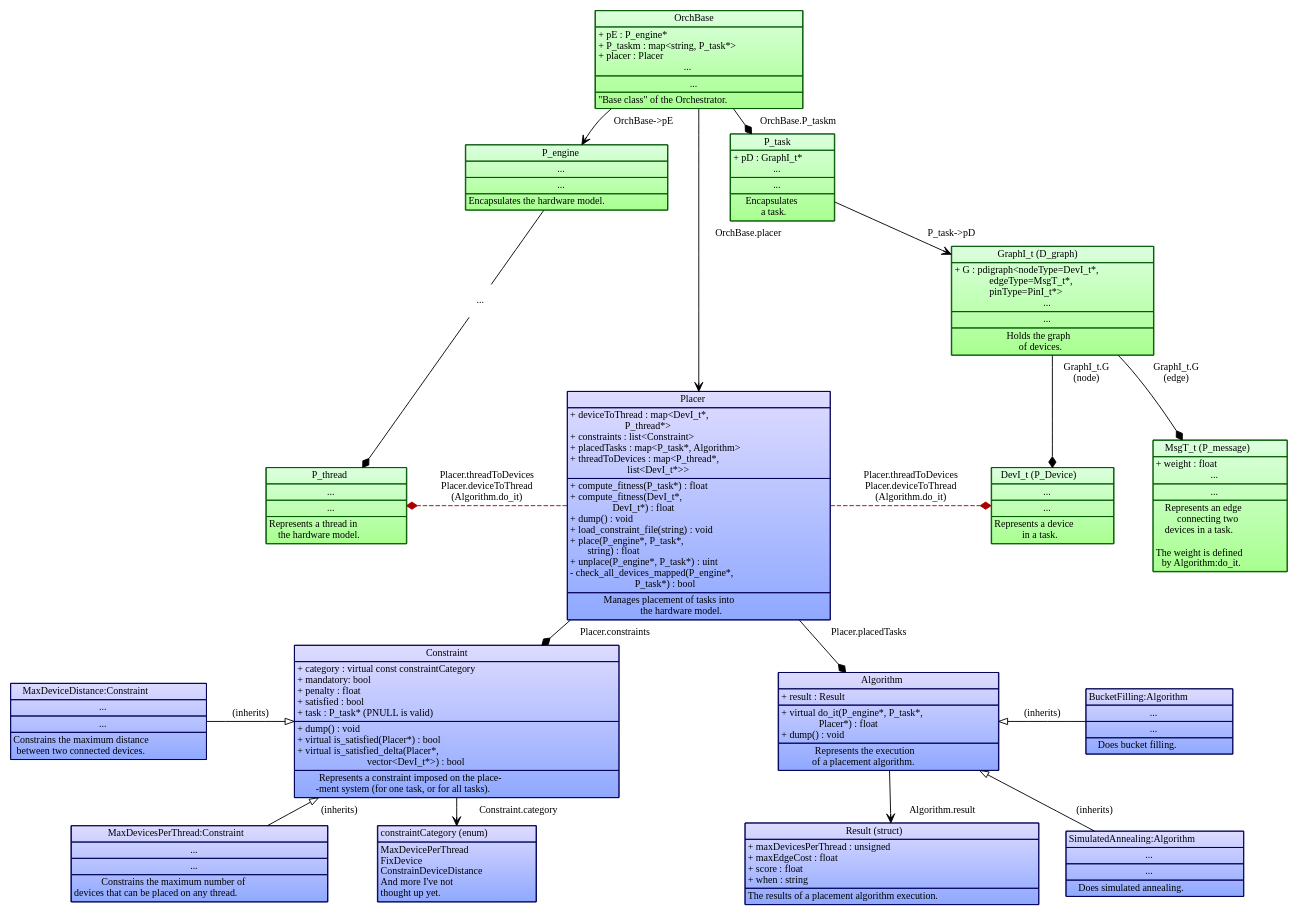
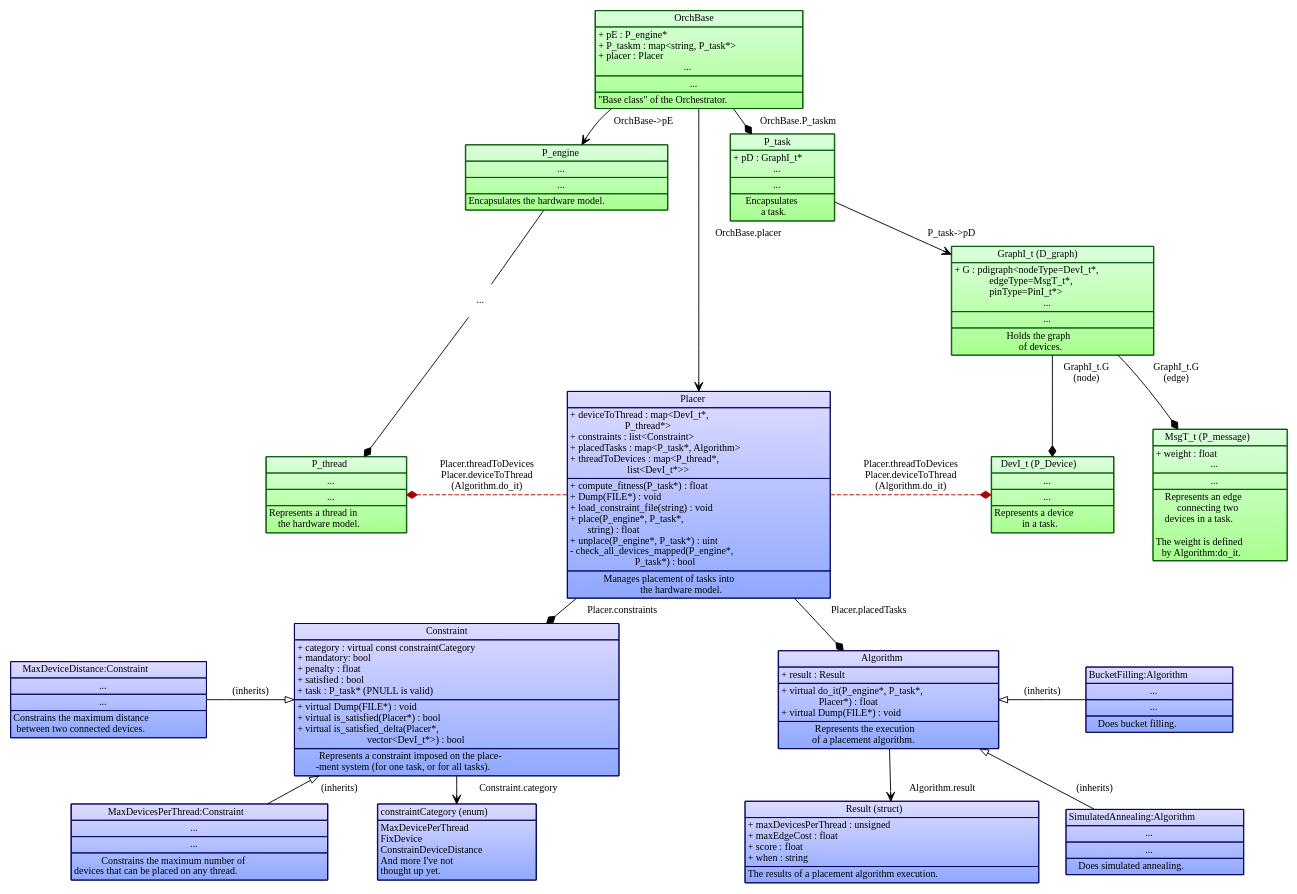
The diagram in images/source/placement_design_data_structure.dot (POETSII/orchestrator-documentation), drawn with Graphviz before and after one commit.

Commit message:
Remove methods that aren't supposed to be there, define virtual methods correctly, and fix dump casing.

```diff
--- a/images/source/placement_design_data_structure.dot
+++ b/images/source/placement_design_data_structure.dot
@@ -132,9 +132,7 @@
 </TD></TR>
 <TR><TD ALIGN="LEFT">
 + compute_fitness(P_task*) : float<BR ALIGN="LEFT"/>
-+ compute_fitness(DevI_t*,<BR ALIGN="LEFT"/>
-                  DevI_t*) : float<BR ALIGN="LEFT"/>
-+ dump() : void<BR ALIGN="LEFT"/>
++ Dump(FILE*) : void<BR ALIGN="LEFT"/>
 + load_constraint_file(string) : void<BR ALIGN="LEFT"/>
 + place(P_engine*, P_task*,<BR ALIGN="LEFT"/>
         string) : float<BR ALIGN="LEFT"/>
@@ -170,7 +168,7 @@
 + task : P_task* (PNULL is valid)<BR ALIGN="LEFT"/>
 </TD></TR>
 <TR><TD ALIGN="LEFT">
-+ dump() : void<BR ALIGN="LEFT"/>
++ virtual Dump(FILE*) : void<BR ALIGN="LEFT"/>
 + virtual is_satisfied(Placer*) : bool<BR ALIGN="LEFT"/>
 + virtual is_satisfied_delta(Placer*,<BR ALIGN="LEFT"/>
                              vector&lt;DevI_t*&gt;) : bool<BR ALIGN="LEFT"/>
@@ -214,7 +212,7 @@
 <TR><TD ALIGN="LEFT">
 + virtual do_it(P_engine*, P_task*,<BR ALIGN="LEFT"/>
                 Placer*) : float<BR ALIGN="LEFT"/>
-+ dump() : void<BR ALIGN="LEFT"/>
++ virtual Dump(FILE*) : void<BR ALIGN="LEFT"/>
 </TD></TR>
 <TR><TD ALIGN="TEXT">
 Represents the execution<BR ALIGN="TEXT"/>
```
